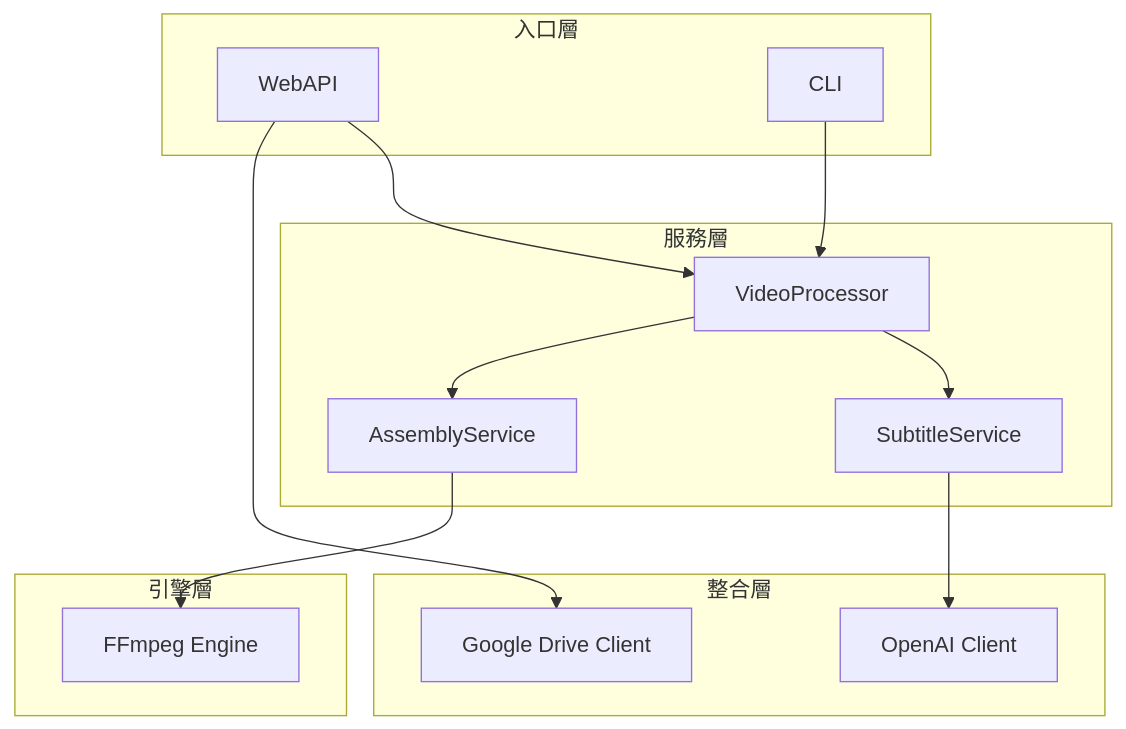
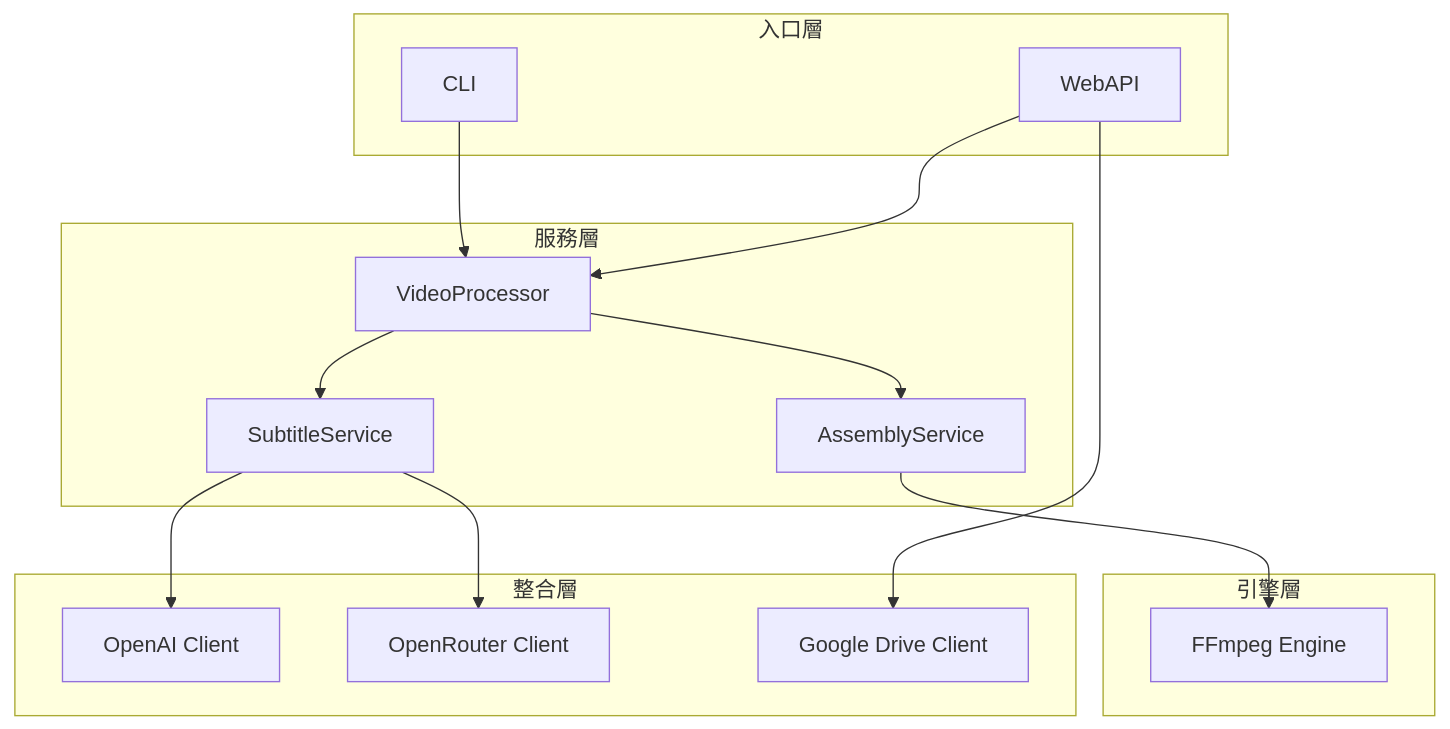
The diagram in README.md (tomdhyang-byte/video_assembler), drawn with Mermaid before and after one commit. The commit also changed other lines of this file and 5 other files, not shown here.

Commit message:
feat: Add OpenRouter client for AI-powered subtitle segmentation, integrating it into the subtitle service and updating documentation.

````diff
--- a/README.md
+++ b/README.md
@@ -162,30 +165,32 @@
 ```mermaid
 graph TD
     subgraph "入口層"
         API[WebAPI]
         CLI[CLI]
     end
     
     subgraph "服務層"
         VP[VideoProcessor]
         SS[SubtitleService]
         AS[AssemblyService]
     end
     
     subgraph "引擎層"
         ENG[FFmpeg Engine]
     end
     
     subgraph "整合層"
         OAI[OpenAI Client]
+        OR[OpenRouter Client]
         GD[Google Drive Client]
     end
     
     API --> VP
     CLI --> VP
     VP --> SS
     VP --> AS
     SS --> OAI
+    SS --> OR
     AS --> ENG
     API --> GD
 ```
````
